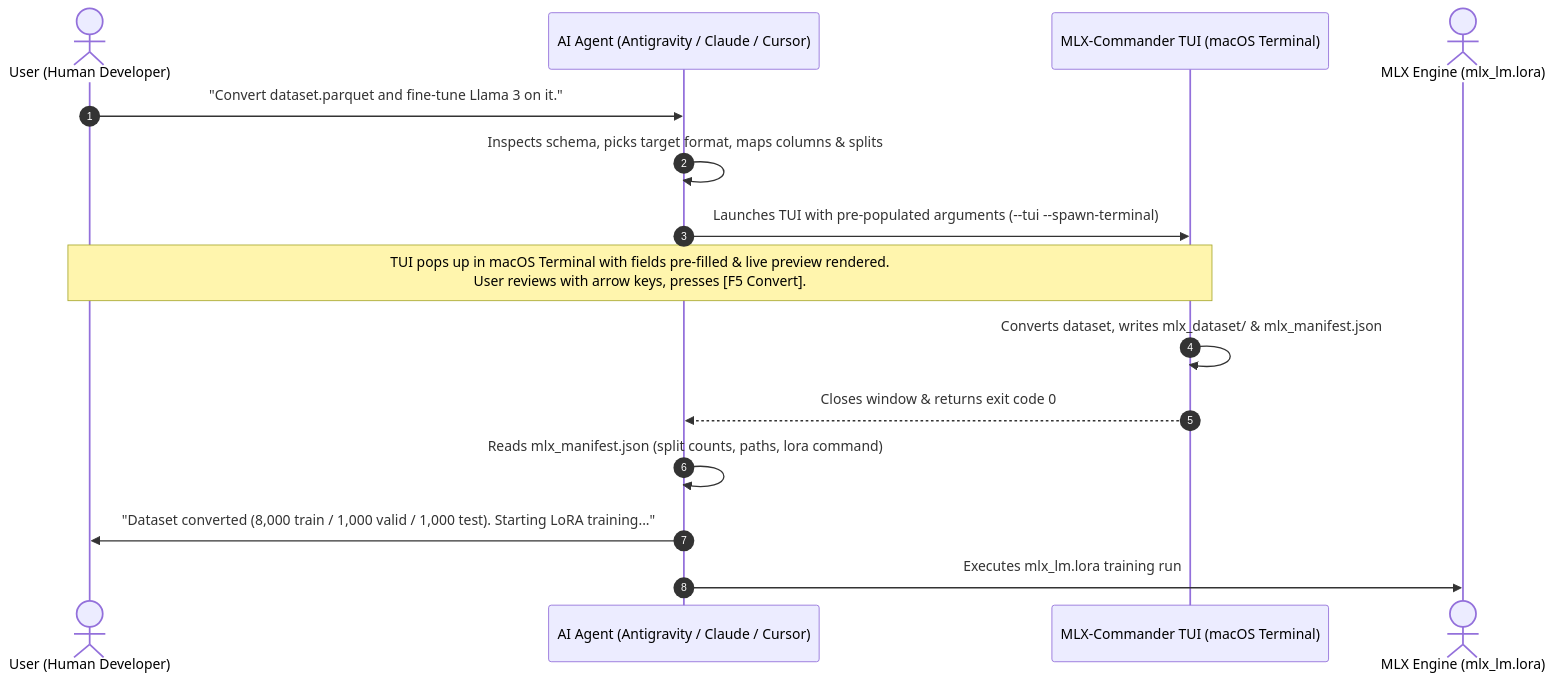
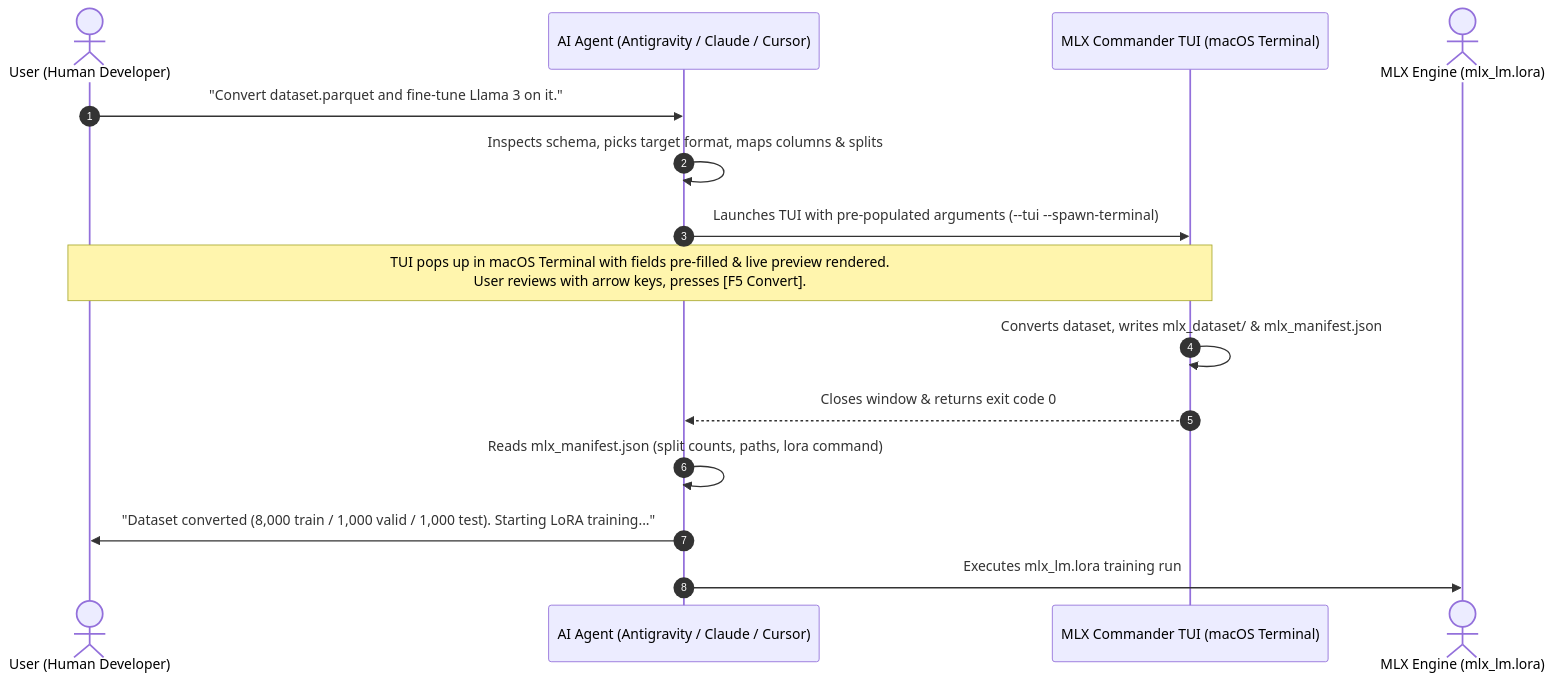
One commit to tomkubik/mlx-commander changed the diagram in .agents/skills/mlx-dataset-prep/SKILL.md. Above: the diagram before and after it, drawn with Mermaid. The commit also changed other lines of this file and 17 other files, not shown here.

Commit message:
refactor: standardize on mlx_commander naming, remove mlx-commander references and emojis

````diff
--- a/.agents/skills/mlx-dataset-prep/SKILL.md
+++ b/.agents/skills/mlx-dataset-prep/SKILL.md
@@ -26,18 +26,18 @@
 ```mermaid
 sequenceDiagram
     autonumber
     actor User as User (Human Developer)
     participant Agent as AI Agent (Antigravity / Claude / Cursor)
-    participant TUI as MLX-Commander TUI (macOS Terminal)
+    participant TUI as MLX Commander TUI (macOS Terminal)
     actor MLX as MLX Engine (mlx_lm.lora)
 
     User->>Agent: "Convert dataset.parquet and fine-tune Llama 3 on it."
     Agent->>Agent: Inspects schema, picks target format, maps columns & splits
     Agent->>TUI: Launches TUI with pre-populated arguments (--tui --spawn-terminal)
     Note over User,TUI: TUI pops up in macOS Terminal with fields pre-filled & live preview rendered.<br/>User reviews with arrow keys, presses [F5 Convert].
     TUI->>TUI: Converts dataset, writes mlx_dataset/ & mlx_manifest.json
     TUI-->>Agent: Closes window & returns exit code 0
     Agent->>Agent: Reads mlx_manifest.json (split counts, paths, lora command)
     Agent->>User: "Dataset converted (8,000 train / 1,000 valid / 1,000 test). Starting LoRA training..."
     Agent->>MLX: Executes mlx_lm.lora training run
 ```
````
